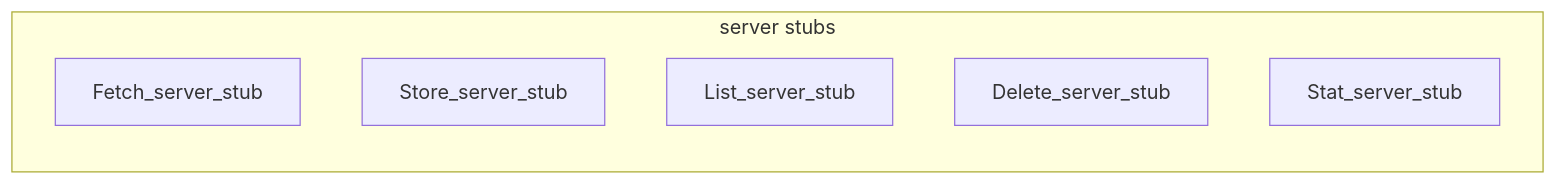
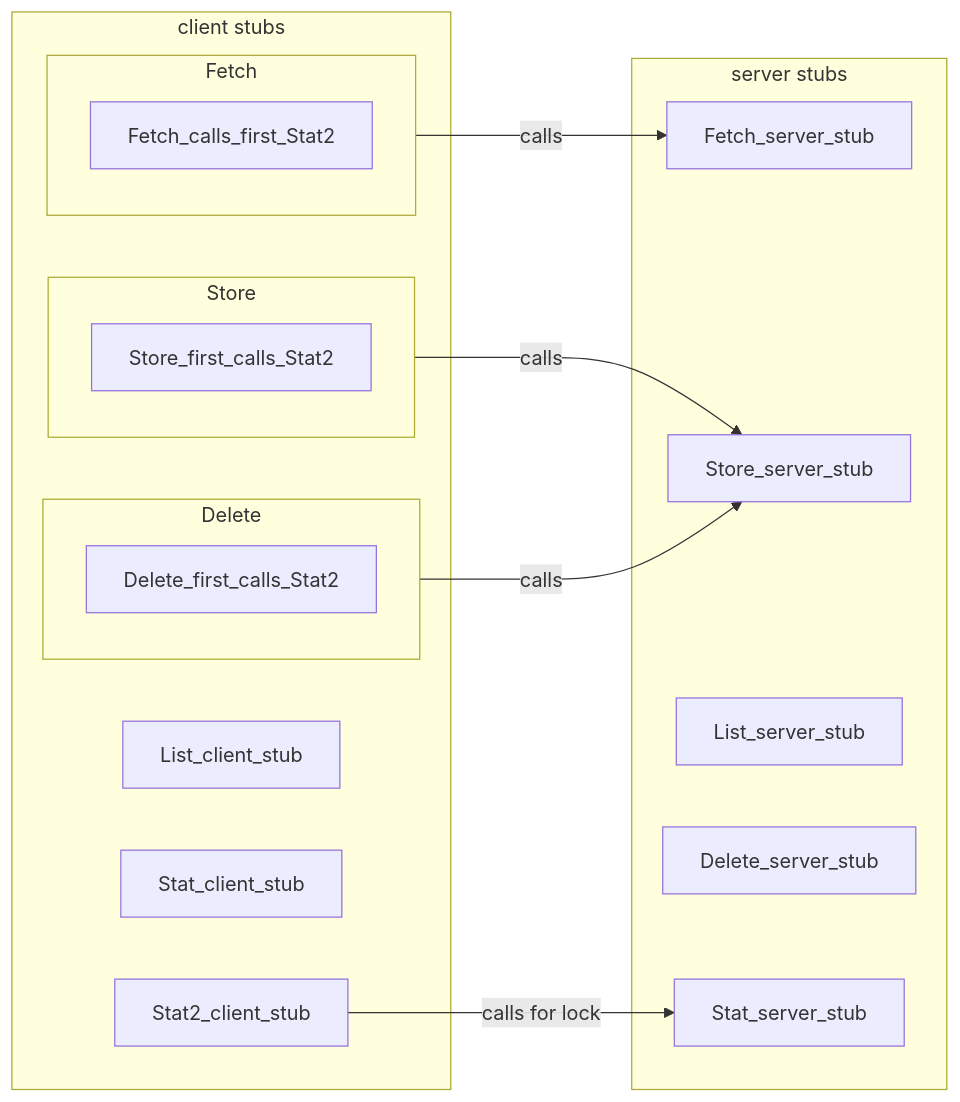
The first of 5 diagrams in README.md (charleshwankong/Kaggle-and-Machine-Learning), drawn with Mermaid before and after one commit.

````diff
--- a/README.md
+++ b/README.md
@@ -42,12 +36,41 @@
 ```mermaid
 flowchart LR
 
 
 subgraph server stubs
 Fetch_server_stub:::__server
 Store_server_stub:::__server
 List_server_stub:::__server
 Delete_server_stub:::__server
 Stat_server_stub:::__server
 end
+
+subgraph client stubs
+   subgraph c1[Fetch]
+      Fetch_calls_first_Stat2
+   end
+   subgraph c2[Store]
+      Store_first_calls_Stat2
+   end
+   subgraph c3[Delete]
+      Delete_first_calls_Stat2
+   end
+   %%Fetch_client_stub:::__client
+   %%Store_client_stub:::__client
+   List_client_stub:::__client
+   %%Delete_client_stub:::__client
+   Stat_client_stub:::__client
+   Stat2_client_stub:::__client
+end
+
+
+
+
+%%Store_client_stub -- first calls --> Stat2_client_stub
+%%Fetch_client_stub -- first calls --> Stat2_client_stub
+%%Delete_client_stub -- first calls --> Stat2_client_stub
+Stat2_client_stub -- calls for lock --> Stat_server_stub
+c2 -- calls --> Store_server_stub
+c1 -- calls --> Fetch_server_stub
+c3 -- calls --> Store_server_stub
 ```
````
